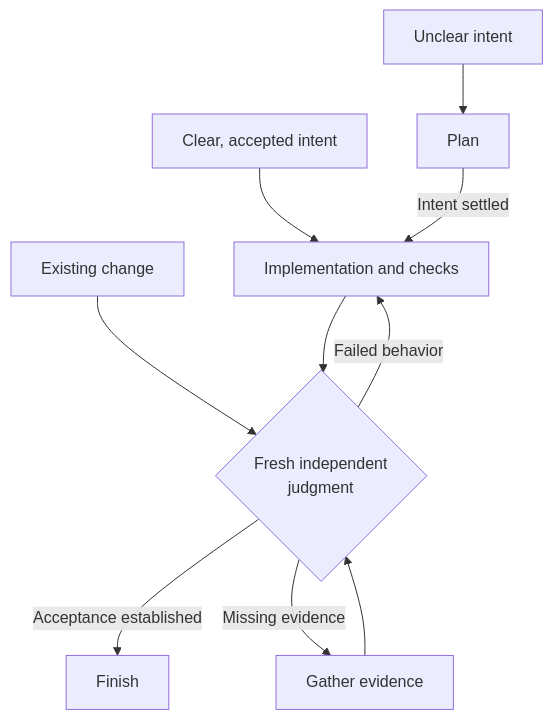
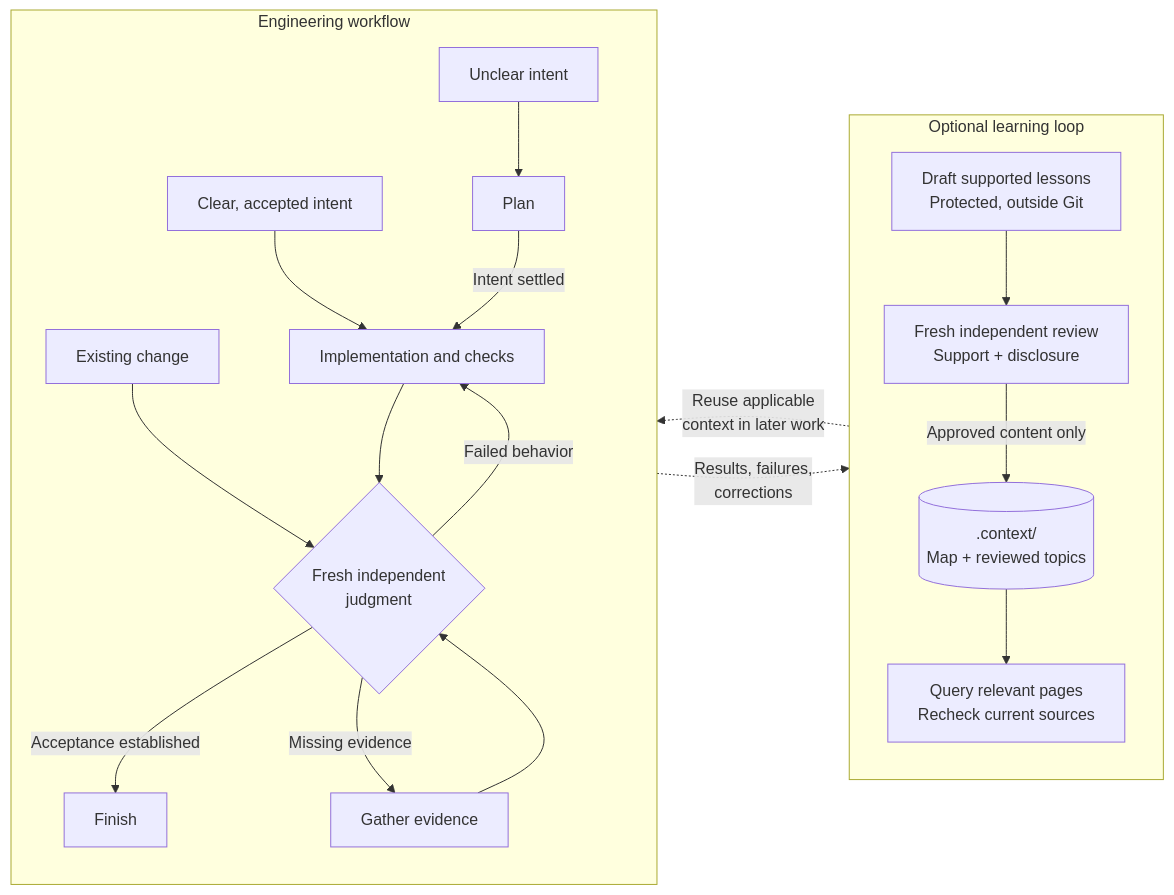
The diagram in README.md (boshu2/agentops), drawn with Mermaid before and after one commit. The commit also changed other lines of this file, not shown here.

Commit message:
docs: show context capture and reuse learning loop

````diff
--- a/README.md
+++ b/README.md
@@ -40,12 +40,29 @@
 ```mermaid
-flowchart TD
-    intent["Clear, accepted intent"] --> implement["Implementation and checks"]
-    unclear["Unclear intent"] --> plan["Plan"]
-    plan -->|Intent settled| implement
-    existing["Existing change"] --> judge{"Fresh independent<br/>judgment"}
-    implement --> judge
-    judge -->|Acceptance established| finish["Finish"]
-    judge -->|Failed behavior| implement
-    judge -->|Missing evidence| evidence["Gather evidence"]
-    evidence --> judge
+flowchart RL
+    subgraph work["Engineering workflow"]
+        direction TB
+        intent["Clear, accepted intent"] --> implement["Implementation and checks"]
+        unclear["Unclear intent"] --> plan["Plan"]
+        plan -->|Intent settled| implement
+        existing["Existing change"] --> judge{"Fresh independent<br/>judgment"}
+        implement --> judge
+        judge -->|Acceptance established| finish["Finish"]
+        judge -->|Failed behavior| implement
+        judge -->|Missing evidence| evidence["Gather evidence"]
+        evidence --> judge
+    end
+
+    subgraph learning["Optional learning loop"]
+        direction TB
+        draft["Draft supported lessons<br/>Protected, outside Git"]
+        review["Fresh independent review<br/>Support + disclosure"]
+        context[(".context/<br/>Map + reviewed topics")]
+        query["Query relevant pages<br/>Recheck current sources"]
+        draft --> review
+        review -->|Approved content only| context
+        context --> query
+    end
+
+    work -.->|Results, failures,<br/>corrections| learning
+    learning -.->|Reuse applicable<br/>context in later work| work
 ```
````
